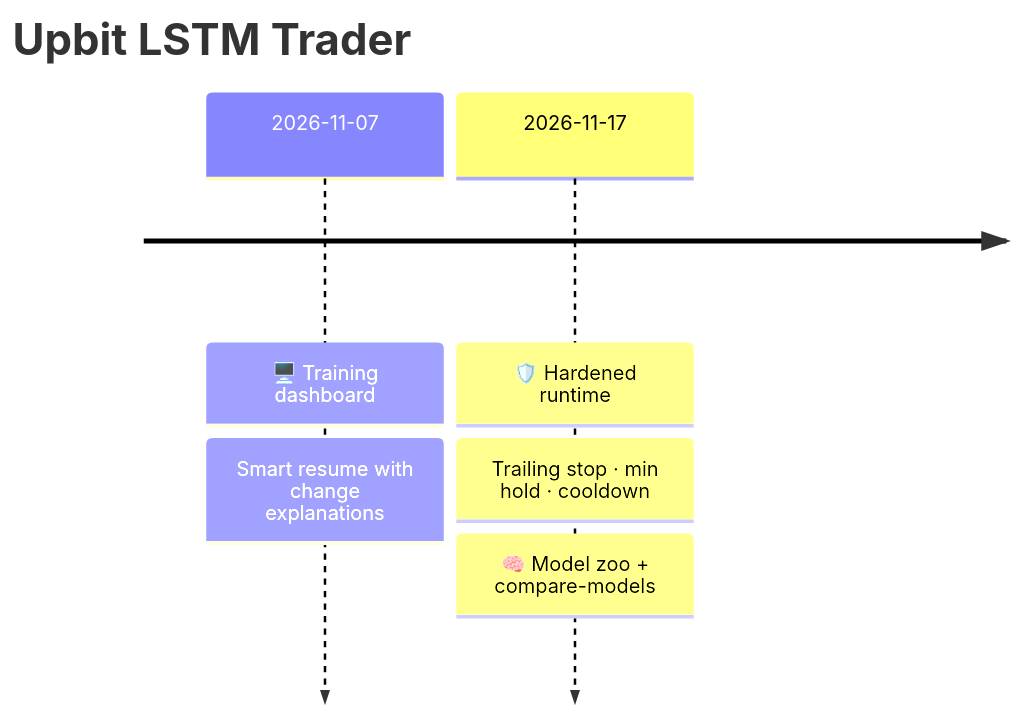
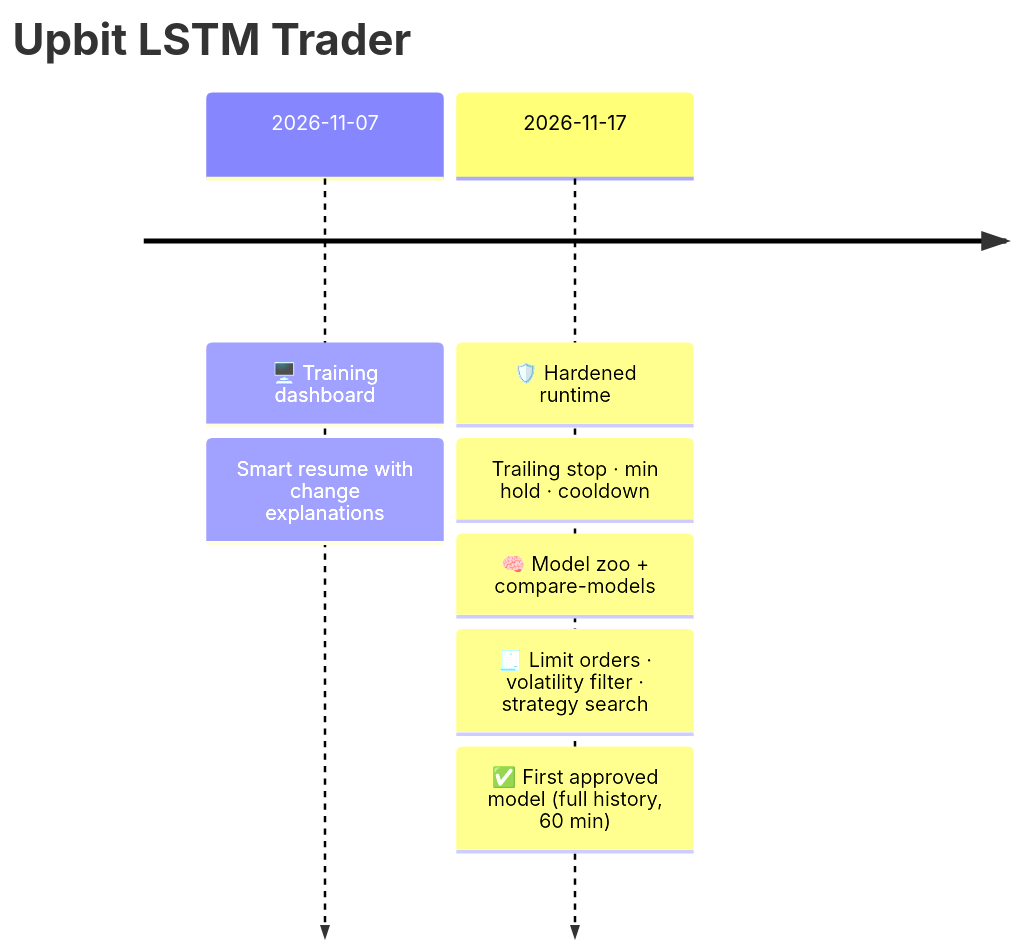
One commit to rottenbutcher/upbit-lstm-trader changed the second of 2 diagrams in README.md. Above: the diagram before and after it, drawn with Mermaid. The commit also changed other lines of this file and 1 other file, not shown here.

First line of the commit message:
Document backtest results; adopt 60-min horizon and 6-member ensemble

````diff
--- a/README.md
+++ b/README.md
@@ -425,9 +453,11 @@
 ```mermaid
 timeline
     title Upbit LSTM Trader
     2026-11-07 : 🖥️ Training dashboard
                : Smart resume with change explanations
     2026-11-17 : 🛡️ Hardened runtime
                : Trailing stop · min hold · cooldown
                : 🧠 Model zoo + compare-models
+               : 🧾 Limit orders · volatility filter · strategy search
+               : ✅ First approved model (full history, 60 min)
 ```
````
